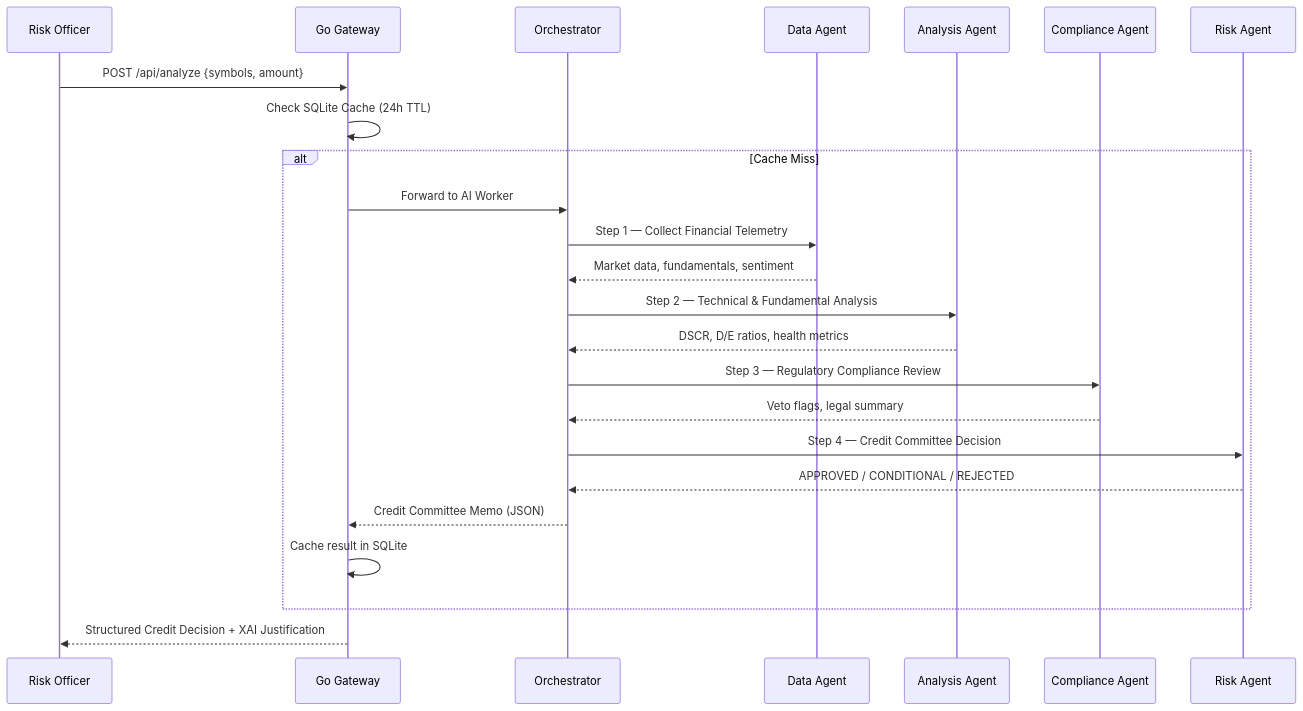
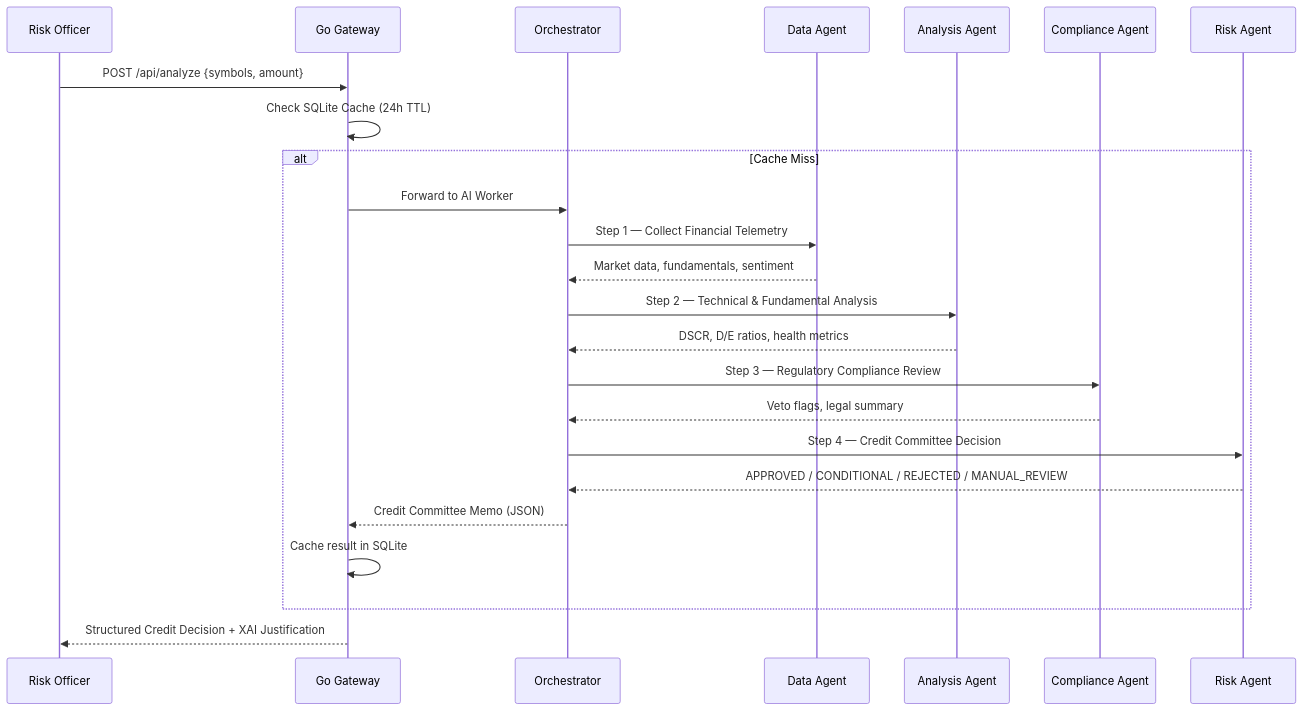
The second of 3 diagrams in README.md (EyupEfeAslan2/-BTK-Hackathon2026-EliteDevs), drawn with Mermaid before and after one commit. The commit also changed other lines of this file, not shown here.

````diff
--- a/README.md
+++ b/README.md
@@ -163,29 +175,30 @@
 ```mermaid
 sequenceDiagram
     participant U as  Risk Officer
     participant G as  Go Gateway
     participant O as  Orchestrator
     participant D as  Data Agent
     participant A as  Analysis Agent
     participant C as  Compliance Agent
     participant R as  Risk Agent
 
     U->>G: POST /api/analyze {symbols, amount}
     G->>G: Check SQLite Cache (24h TTL)
     
     alt Cache Miss
         G->>O: Forward to AI Worker
         O->>D: Step 1 — Collect Financial Telemetry
         D-->>O: Market data, fundamentals, sentiment
         O->>A: Step 2 — Technical & Fundamental Analysis
         A-->>O: DSCR, D/E ratios, health metrics
         O->>C: Step 3 — Regulatory Compliance Review
         C-->>O: Veto flags, legal summary
         O->>R: Step 4 — Credit Committee Decision
-        R-->>O: APPROVED / CONDITIONAL / REJECTED
+        R-->>O: APPROVED / CONDITIONAL / REJECTED / MANUAL_REVIEW
         O-->>G: Credit Committee Memo (JSON)
         G->>G: Cache result in SQLite
     end
     
     G-->>U: Structured Credit Decision + XAI Justification
+    
 ```
````
